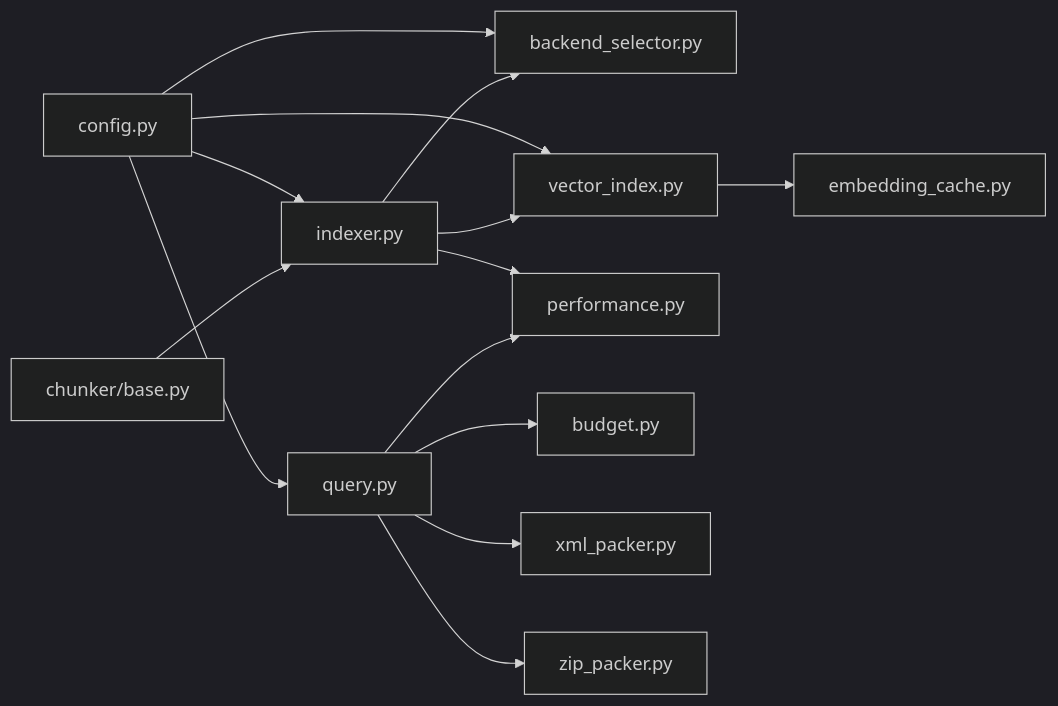
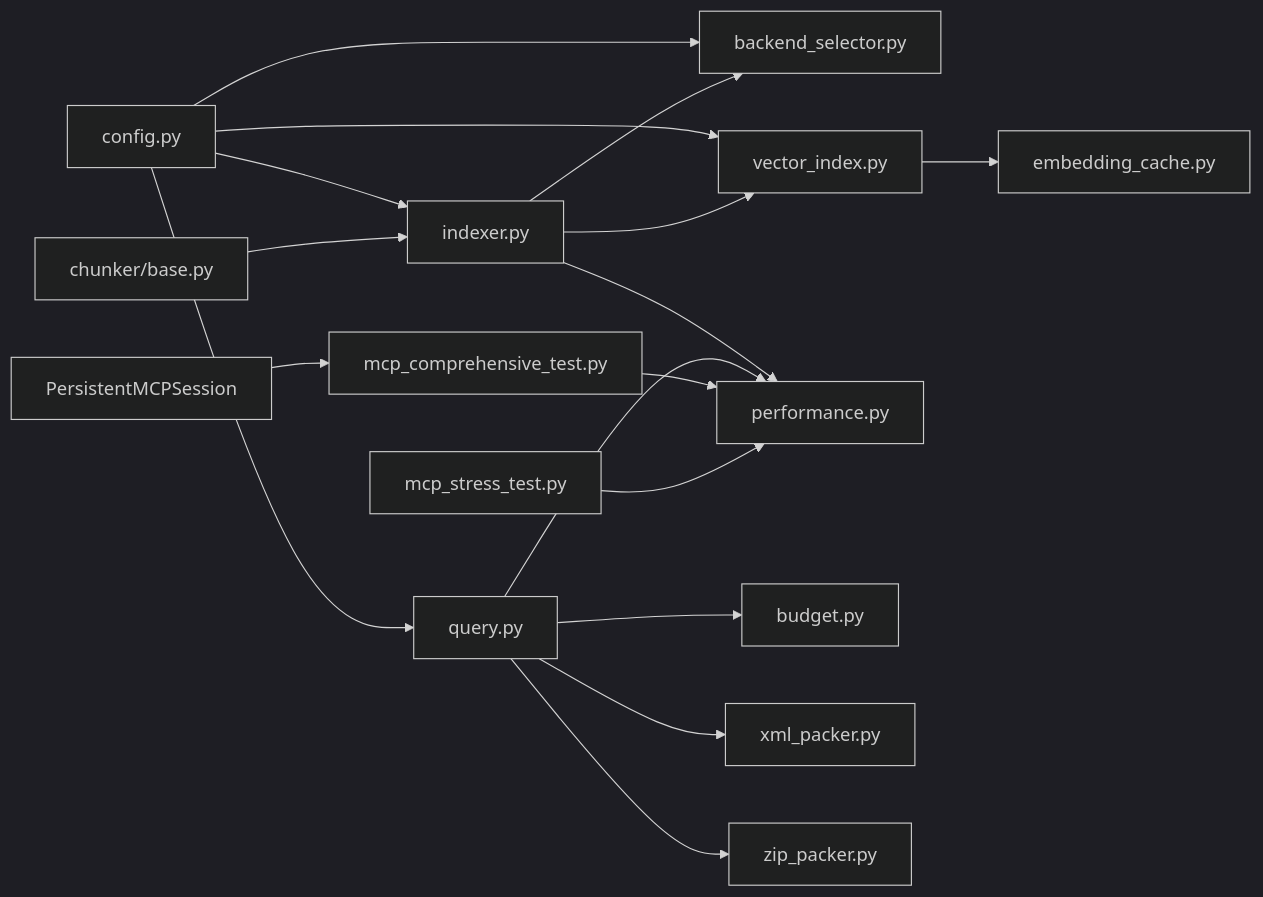
One commit to maemreyo/zmr-ctx-paker changed the tenth of 16 diagrams in .qoder/repowiki/en/content/Examples & Use Cases/Performance Optimization Examples.md. Above: the diagram before and after it, drawn with Mermaid (dark theme). The commit also changed other lines of this file and 94 other files, not shown here.

````diff
--- a/.qoder/repowiki/en/content/Examples & Use Cases/Performance Optimization Examples.md
+++ b/.qoder/repowiki/en/content/Examples & Use Cases/Performance Optimization Examples.md
@@ -423,16 +452,19 @@
 ```mermaid
 graph LR
 CFG["config.py"] --> IDX["indexer.py"]
 CFG --> QRY["query.py"]
 CFG --> BS["backend_selector.py"]
 CFG --> VI["vector_index.py"]
 IDX --> BS
 IDX --> VI
 IDX --> PM["performance.py"]
 VI --> EC["embedding_cache.py"]
 QRY --> BUD["budget.py"]
 QRY --> XPKG["xml_packer.py"]
 QRY --> ZPKG["zip_packer.py"]
 QRY --> PM
 CB["chunker/base.py"] --> IDX
+PMS["PersistentMCPSession"] --> MCT["mcp_comprehensive_test.py"]
+MCT --> PM
+MST["mcp_stress_test.py"] --> PM
 ```
````
